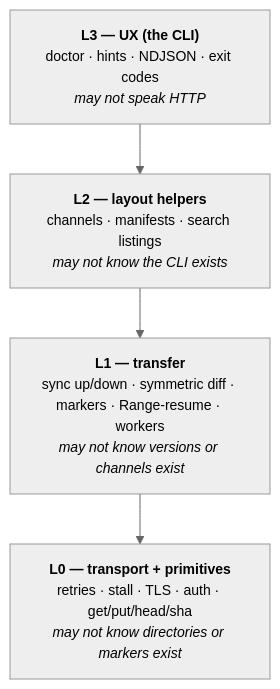
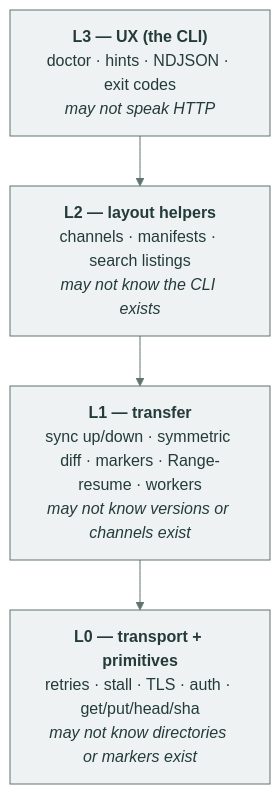
Before and after one commit to Lipen/nexus-raw: the first of 3 diagrams in docs/explanation/design.md, drawn with Mermaid. The commit also changed other lines of this file and 5 other files, not shown here.

Commit message:
docs: hero transcript shot and redrawn diagrams

````diff
--- a/docs/explanation/design.md
+++ b/docs/explanation/design.md
@@ -23,11 +23,11 @@
 ```mermaid
-%%{init: {"theme": "neutral", "themeVariables": {"fontSize": "14px"}}}%%
+%%{init: {"theme": "base", "themeVariables": {"primaryColor": "#eef2f2", "primaryTextColor": "#243b3a", "primaryBorderColor": "#5f7470", "lineColor": "#5f7470", "fontFamily": "inherit"}}}%%
 flowchart TB
     L3["<b>L3 — UX (the CLI)</b><br/>doctor · hints · NDJSON · exit codes<br/><i>may not speak HTTP</i>"]
     L2["<b>L2 — layout helpers</b><br/>channels · manifests · search listings<br/><i>may not know the CLI exists</i>"]
     L1["<b>L1 — transfer</b><br/>sync up/down · symmetric diff · markers · Range-resume · workers<br/><i>may not know versions or channels exist</i>"]
     L0["<b>L0 — transport + primitives</b><br/>retries · stall · TLS · auth · get/put/head/sha<br/><i>may not know directories or markers exist</i>"]
     L3 --> L2
     L2 --> L1
     L1 --> L0
 ```
````
